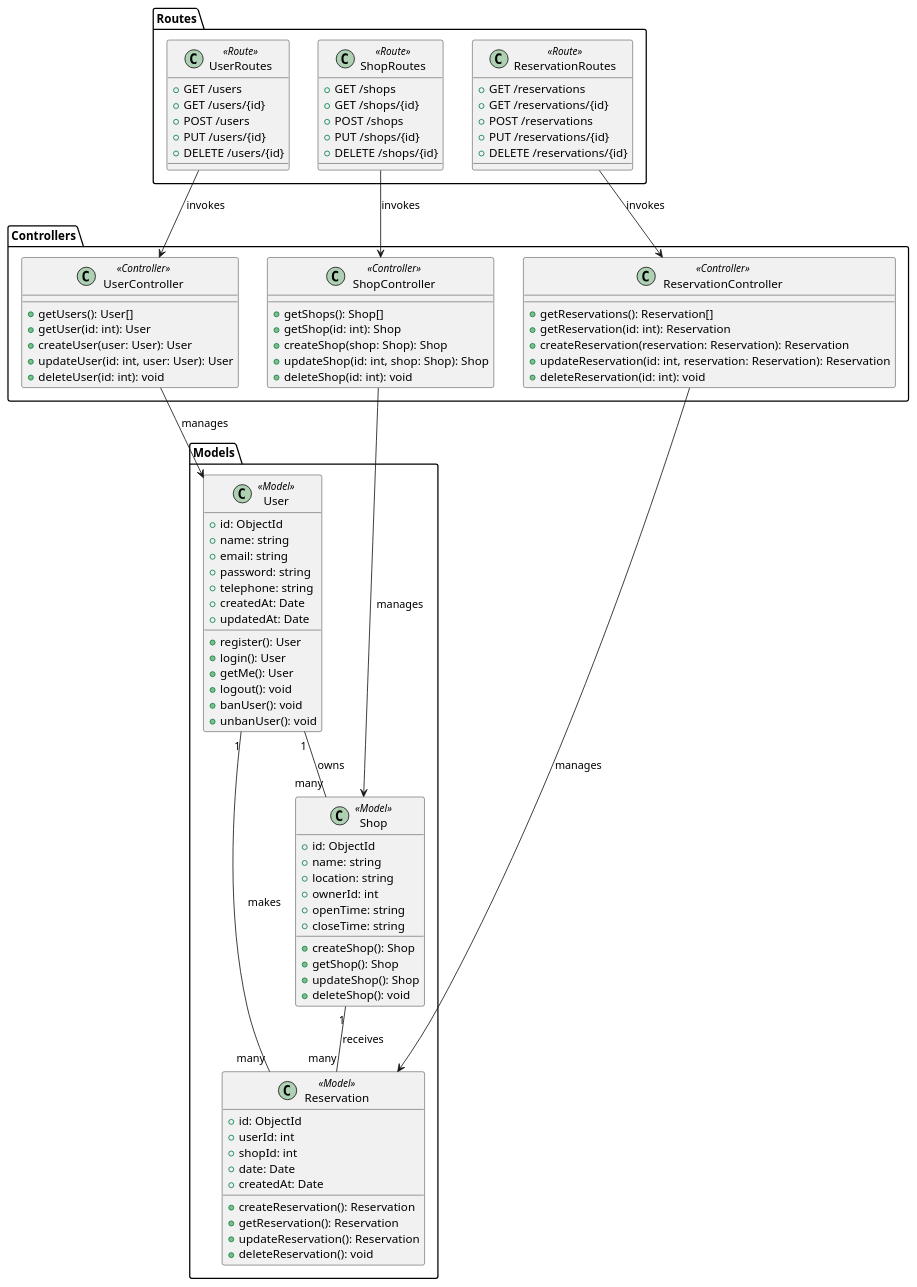
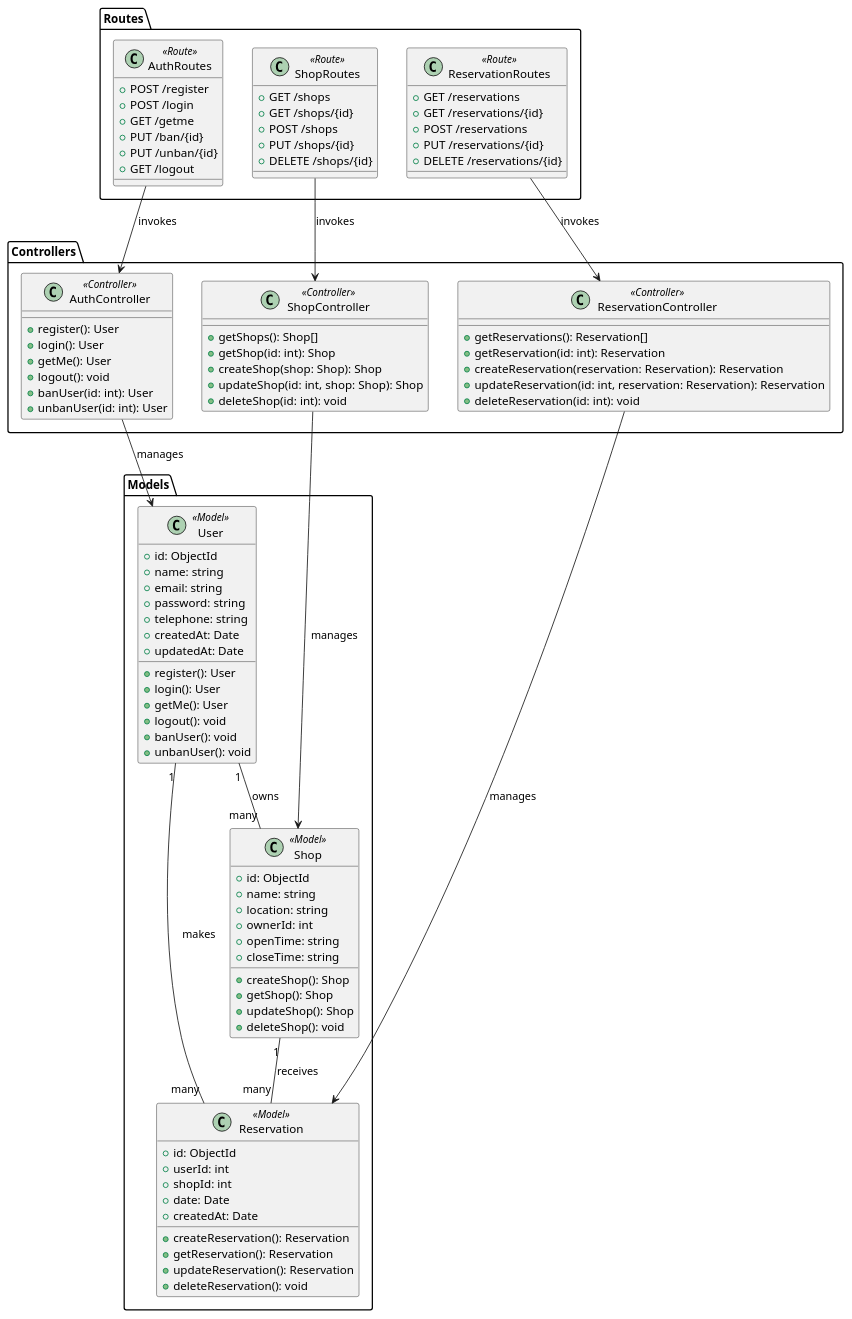
The diagram in puml/ClassDiagramUML.puml (MadManJJ/Blackend), drawn with PlantUML before and after one commit. The commit also changed 7 other files, not shown here.

```diff
--- a/puml/ClassDiagramUML.puml
+++ b/puml/ClassDiagramUML.puml
@@ -1,113 +1,115 @@
 @startuml
 skinparam stereotype {
   BackgroundColor #E6E6E6
   BorderColor black
 }
 
 package "Routes" {
-  class UserRoutes <<Route>> {
-    +GET /users
-    +GET /users/{id}
-    +POST /users
-    +PUT /users/{id}
-    +DELETE /users/{id}
+  class AuthRoutes <<Route>> {
+    +POST /register
+    +POST /login
+    +GET /getme
+    +PUT /ban/{id}
+    +PUT /unban/{id}
+    +GET /logout
   }
   
   class ShopRoutes <<Route>> {
     +GET /shops
     +GET /shops/{id}
     +POST /shops
     +PUT /shops/{id}
     +DELETE /shops/{id}
   }
   
   class ReservationRoutes <<Route>> {
     +GET /reservations
     +GET /reservations/{id}
     +POST /reservations
     +PUT /reservations/{id}
     +DELETE /reservations/{id}
   }
 }
 
 package "Controllers" {
-  class UserController <<Controller>> {
-    +getUsers(): User[]
-    +getUser(id: int): User
-    +createUser(user: User): User
-    +updateUser(id: int, user: User): User
-    +deleteUser(id: int): void
+  class AuthController <<Controller>> {
+    +register(): User
+    +login(): User
+    +getMe(): User
+    +logout(): void
+    +banUser(id: int): User
+    +unbanUser(id: int): User
   }
 
   class ShopController <<Controller>> {
     +getShops(): Shop[]
     +getShop(id: int): Shop
     +createShop(shop: Shop): Shop
     +updateShop(id: int, shop: Shop): Shop
     +deleteShop(id: int): void
   }
 
   class ReservationController <<Controller>> {
     +getReservations(): Reservation[]
     +getReservation(id: int): Reservation
     +createReservation(reservation: Reservation): Reservation
     +updateReservation(id: int, reservation: Reservation): Reservation
     +deleteReservation(id: int): void
   }
 }
 
 package "Models" {
   class User <<Model>> {
     +id: ObjectId
     +name: string
     +email: string
     +password: string
     +telephone: string
     +createdAt: Date
     +updatedAt: Date
     +register(): User
     +login(): User
     +getMe(): User
     +logout(): void
     +banUser(): void
     +unbanUser(): void
   }
 
   class Shop <<Model>> {
     +id: ObjectId
     +name: string
     +location: string
     +ownerId: int
     +openTime: string
     +closeTime: string
     +createShop(): Shop
     +getShop(): Shop
     +updateShop(): Shop
     +deleteShop(): void
   }
 
   class Reservation <<Model>> {
     +id: ObjectId
     +userId: int
     +shopId: int
     +date: Date
     +createdAt: Date
     +createReservation(): Reservation
     +getReservation(): Reservation
     +updateReservation(): Reservation
     +deleteReservation(): void
   }
 }
 
-UserRoutes --> UserController : "invokes"
+AuthRoutes --> AuthController : "invokes"
 ShopRoutes --> ShopController : "invokes"
 ReservationRoutes --> ReservationController : "invokes"
 
-UserController --> User : "manages"
+AuthController --> User : "manages"
 ShopController --> Shop : "manages"
 ReservationController --> Reservation : "manages"
 
 User "1" -- "many" Reservation : "makes"
 Shop "1" -- "many" Reservation : "receives"
 User "1" -- "many" Shop : "owns"
 @enduml
```
